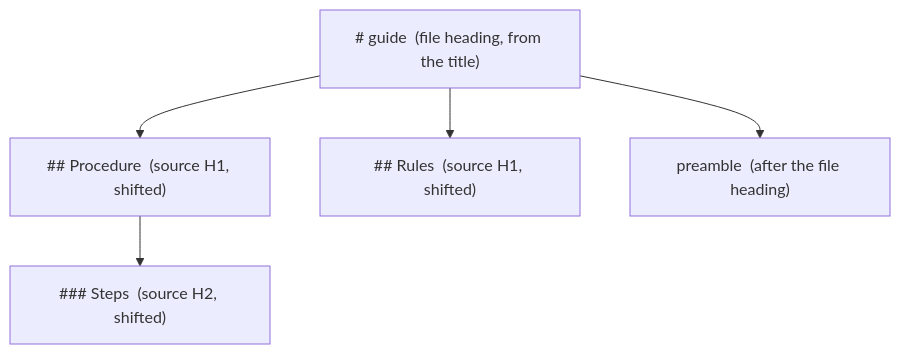
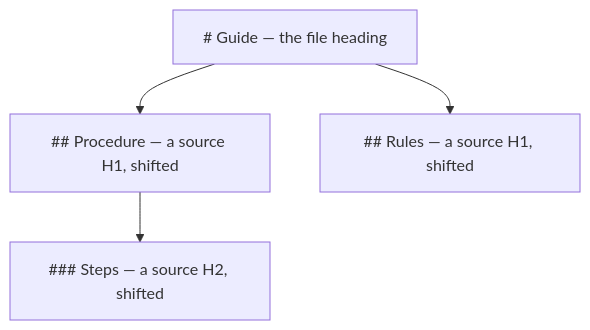
One commit to m2ux/prosiform changed the first of 2 diagrams in docs/hierarchy.md. Above: the diagram before and after it, drawn with Mermaid. The commit also changed other lines of this file and 8 other files, not shown here.

````diff
--- a/docs/hierarchy.md
+++ b/docs/hierarchy.md
@@ -19,8 +27,7 @@
 ```mermaid
 flowchart TD
-  H1["# guide &nbsp;(file heading, from the title)"]
-  H1 --> H2["## Procedure &nbsp;(source H1, shifted)"]
-  H2 --> H3["### Steps &nbsp;(source H2, shifted)"]
-  H1 --> H2b["## Rules &nbsp;(source H1, shifted)"]
-  H1 --> P["preamble &nbsp;(after the file heading)"]
+  H1["# Guide — the file heading"]
+  H1 --> H2["## Procedure — a source H1, shifted"]
+  H2 --> H3["### Steps — a source H2, shifted"]
+  H1 --> H2b["## Rules — a source H1, shifted"]
 ```
````
